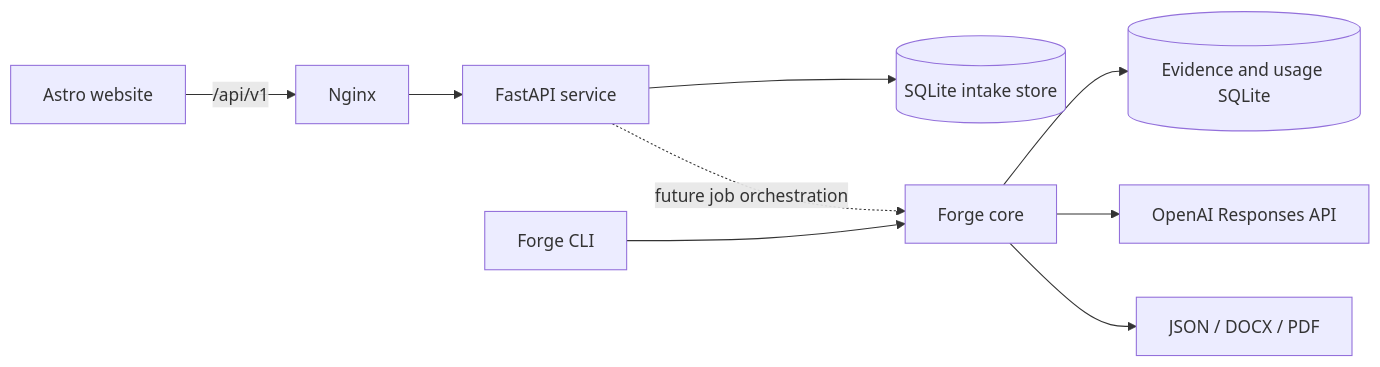
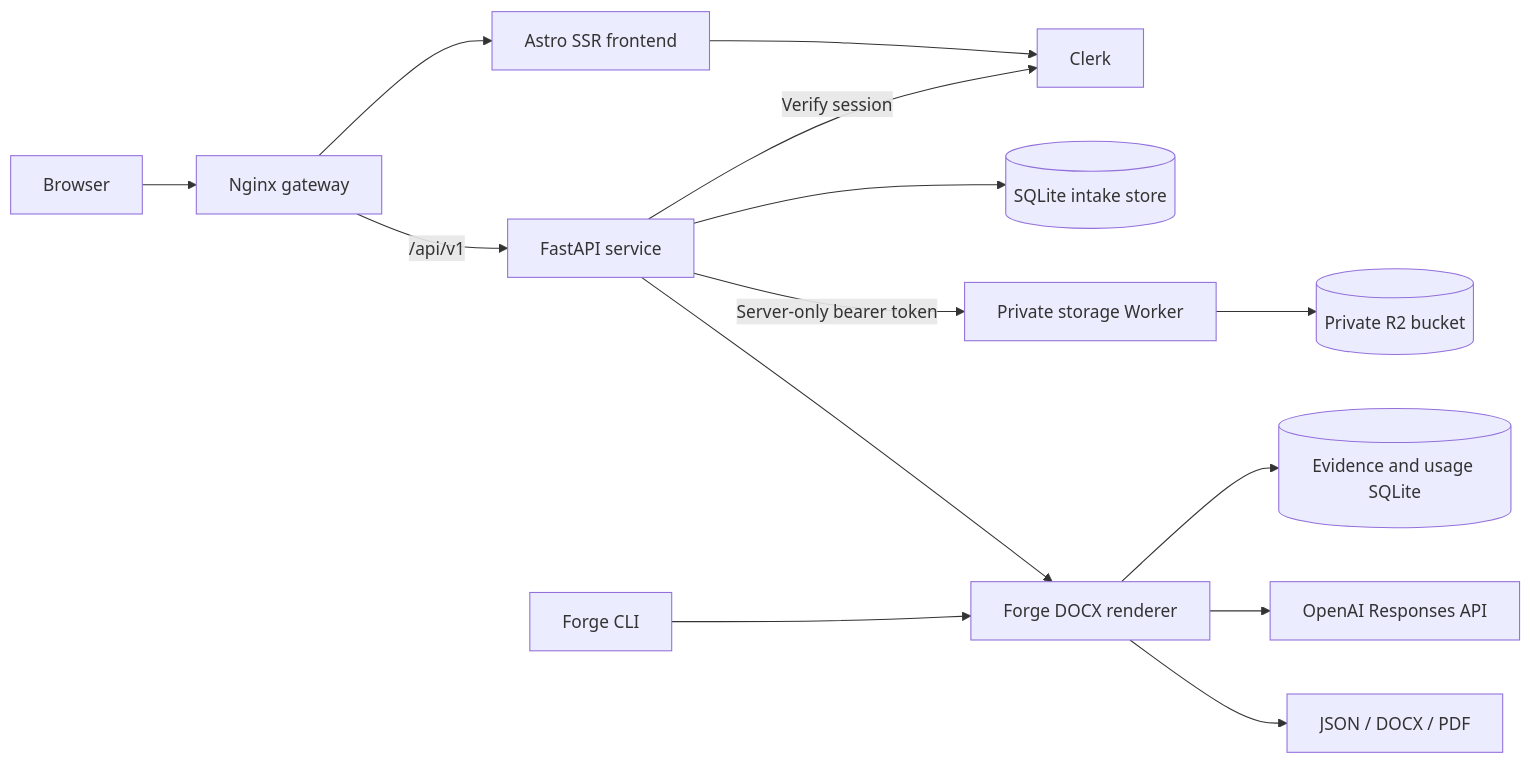
The diagram in docs/architecture.md (aminhaiqal/axelyn-forge), drawn with Mermaid before and after one commit. The commit also changed other lines of this file and 41 other files, not shown here.

````diff
--- a/docs/architecture.md
+++ b/docs/architecture.md
@@ -5,12 +5,17 @@
 ```mermaid
 flowchart LR
-    Browser[Astro website] -->|/api/v1| Proxy[Nginx]
-    Proxy --> API[FastAPI service]
+    Browser[Browser] --> Proxy[Nginx gateway]
+    Proxy --> Frontend[Astro SSR frontend]
+    Proxy -->|/api/v1| API[FastAPI service]
+    Frontend --> Clerk[Clerk]
+    API -->|Verify session| Clerk
     API --> Intake[(SQLite intake store)]
+    API -->|Server-only bearer token| StorageWorker[Private storage Worker]
+    StorageWorker --> R2[(Private R2 bucket)]
+    API --> Core[Forge DOCX renderer]
 
-    API -. future job orchestration .-> Core[Forge core]
     CLI[Forge CLI] --> Core
     Core --> Evidence[(Evidence and usage SQLite)]
     Core --> Provider[OpenAI Responses API]
     Core --> Artifacts[JSON / DOCX / PDF]
 ```
````
